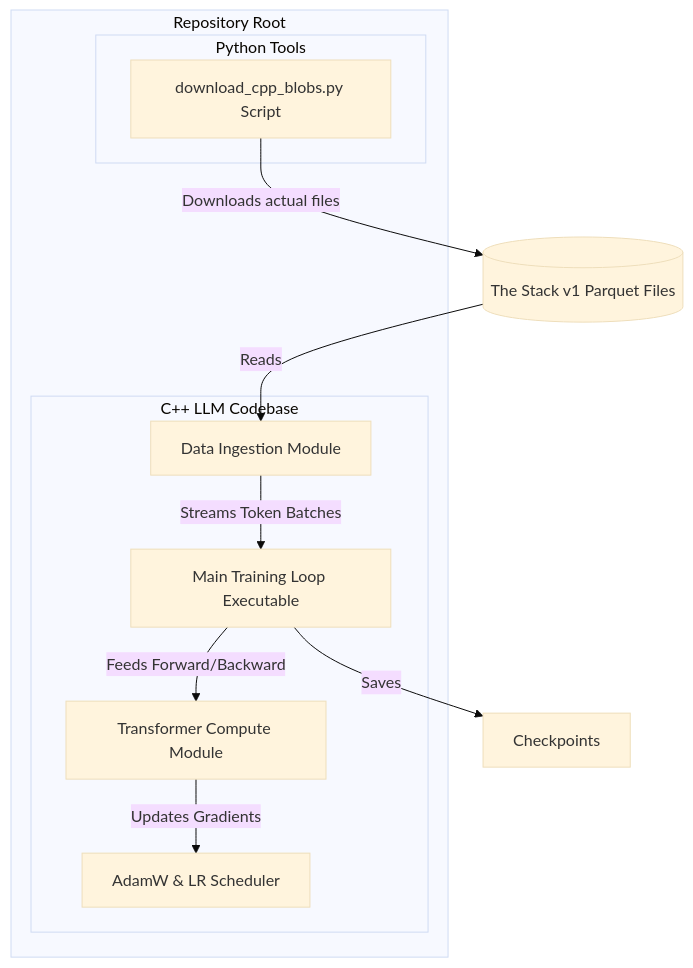
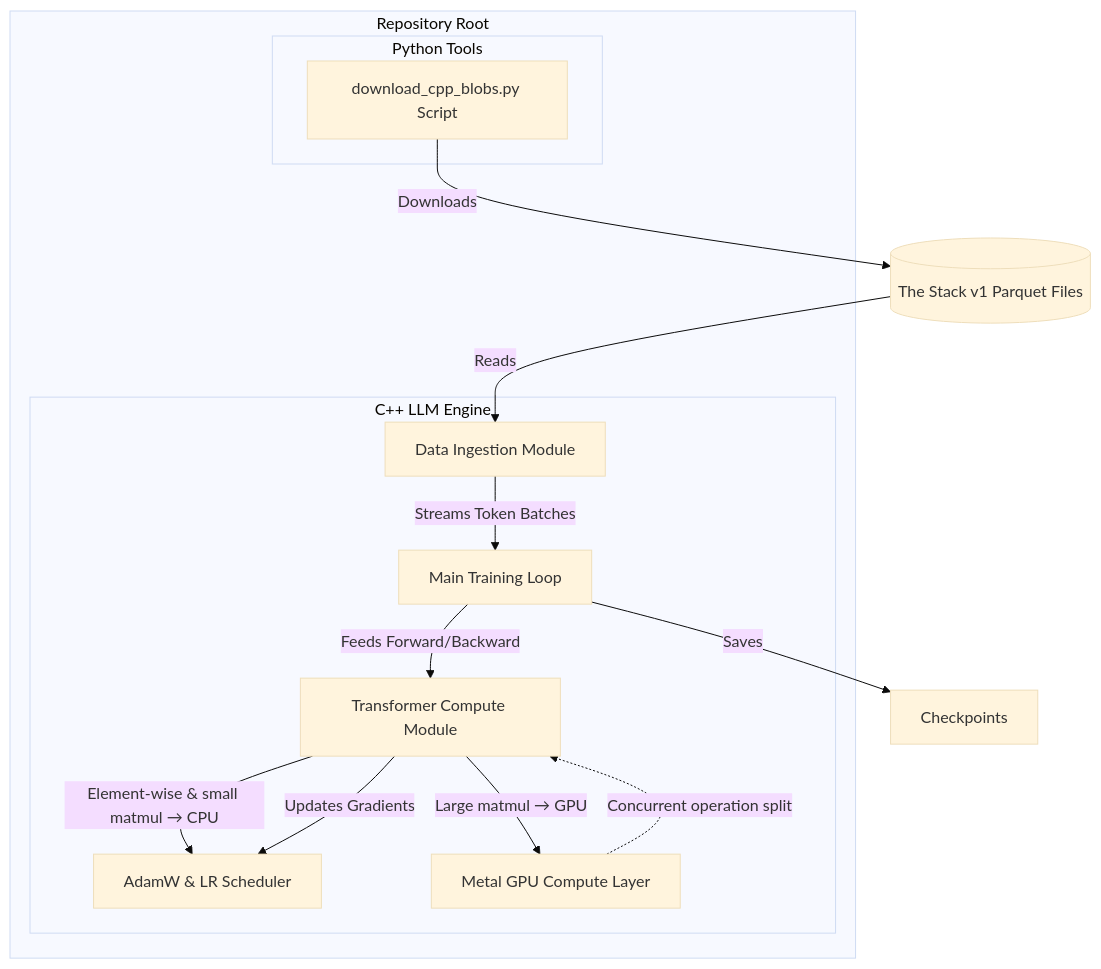
One commit to rahul238xaviers/large-language-model changed the second of 3 diagrams in cpp/doc/c4_sprint_plan.md. Above: the diagram before and after it, drawn with Mermaid (base theme). The commit also changed other lines of this file and 7 other files, not shown here.

````diff
--- a/cpp/doc/c4_sprint_plan.md
+++ b/cpp/doc/c4_sprint_plan.md
@@ -26,22 +35,26 @@
 ```mermaid
 graph TD
     subgraph Repository Root
         subgraph python/ [Python Tools]
             HFDownloader[download_cpp_blobs.py Script]
         end
-        
-        subgraph cpp/ [C++ LLM Codebase]
+
+        subgraph cpp/ [C++ LLM Engine]
             DataIngest[Data Ingestion Module]
             ModelCore[Transformer Compute Module]
             Optimizer[AdamW & LR Scheduler]
-            TrainerApp[Main Training Loop Executable]
+            TrainerApp[Main Training Loop]
+            MetalGPU[Metal GPU Compute Layer]
         end
     end
-    
-    HFDownloader -->|Downloads actual files| ParquetData[(The Stack v1 Parquet Files)]
+
+    HFDownloader -->|Downloads| ParquetData[(The Stack v1 Parquet Files)]
     ParquetData -->|Reads| DataIngest
     DataIngest -->|Streams Token Batches| TrainerApp
     TrainerApp -->|Feeds Forward/Backward| ModelCore
+    ModelCore -->|Large matmul → GPU| MetalGPU
+    ModelCore -->|Element-wise & small matmul → CPU| Optimizer
+    MetalGPU -.->|Concurrent operation split| ModelCore
     ModelCore -->|Updates Gradients| Optimizer
     TrainerApp -->|Saves| Checkpoints
 ```
````
